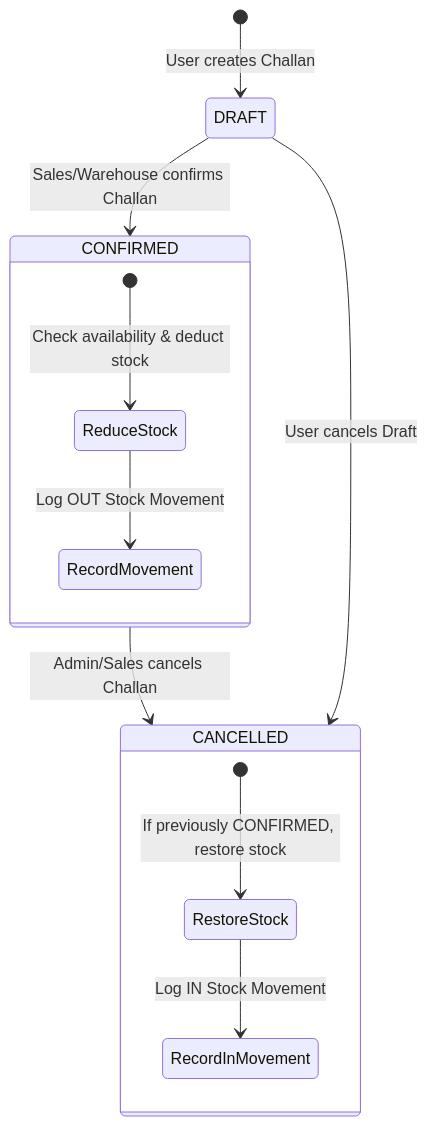
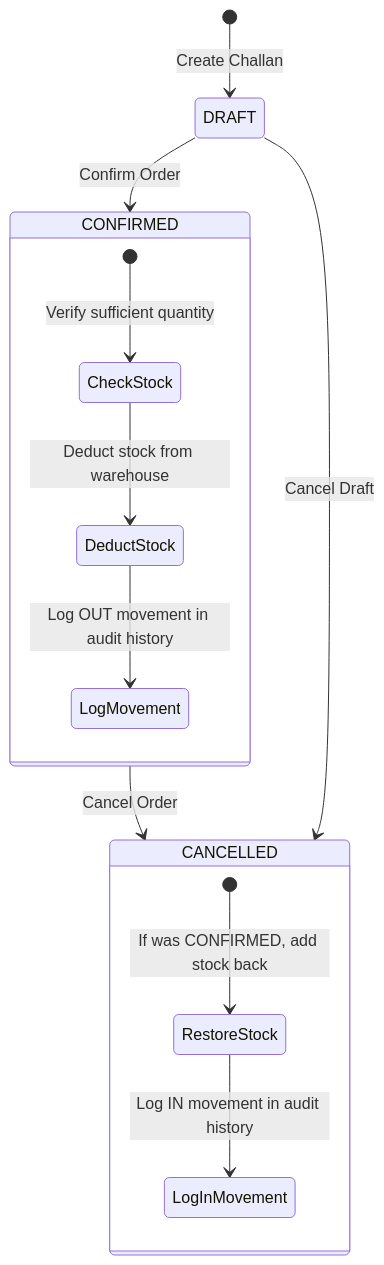
The third of 3 diagrams in docs/ARCHITECTURE.md (ManishPatidar806/Enterprise-Mini-ERP-CRM-Operations-Portal), drawn with Mermaid before and after one commit. The commit also changed other lines of this file and 4 other files, not shown here.

````diff
--- a/docs/ARCHITECTURE.md
+++ b/docs/ARCHITECTURE.md
@@ -79,17 +87,18 @@
 ```mermaid
 stateDiagram-v2
-    [*] --> DRAFT : User creates Challan
-    DRAFT --> CONFIRMED : Sales/Warehouse confirms Challan
-    CONFIRMED --> CANCELLED : Admin/Sales cancels Challan
-    DRAFT --> CANCELLED : User cancels Draft
+    [*] --> DRAFT : Create Challan
+    DRAFT --> CONFIRMED : Confirm Order
+    CONFIRMED --> CANCELLED : Cancel Order
+    DRAFT --> CANCELLED : Cancel Draft
 
     state CONFIRMED {
-        [*] --> ReduceStock : Check availability & deduct stock
-        ReduceStock --> RecordMovement : Log OUT Stock Movement
+        [*] --> CheckStock : Verify sufficient quantity
+        CheckStock --> DeductStock : Deduct stock from warehouse
+        DeductStock --> LogMovement : Log OUT movement in audit history
     }
 
     state CANCELLED {
-        [*] --> RestoreStock : If previously CONFIRMED, restore stock
-        RestoreStock --> RecordInMovement : Log IN Stock Movement
+        [*] --> RestoreStock : If was CONFIRMED, add stock back
+        RestoreStock --> LogInMovement : Log IN movement in audit history
     }
 ```
````
